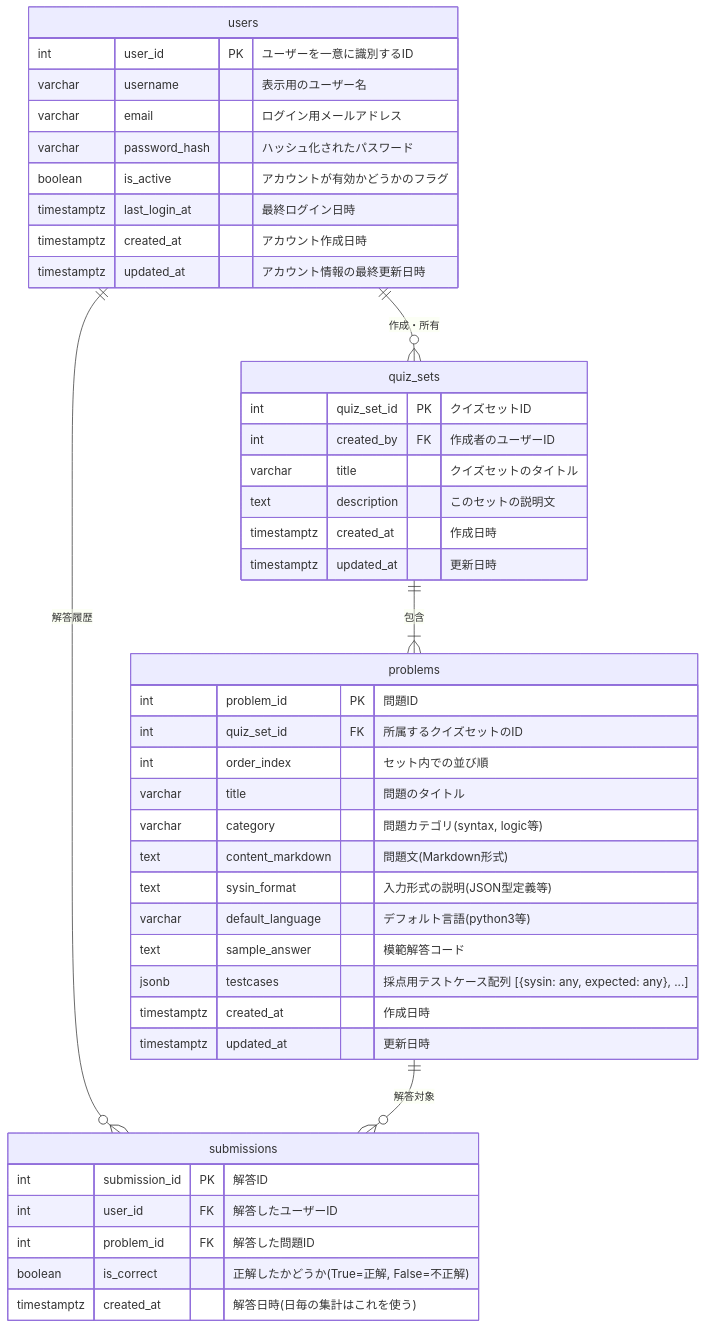
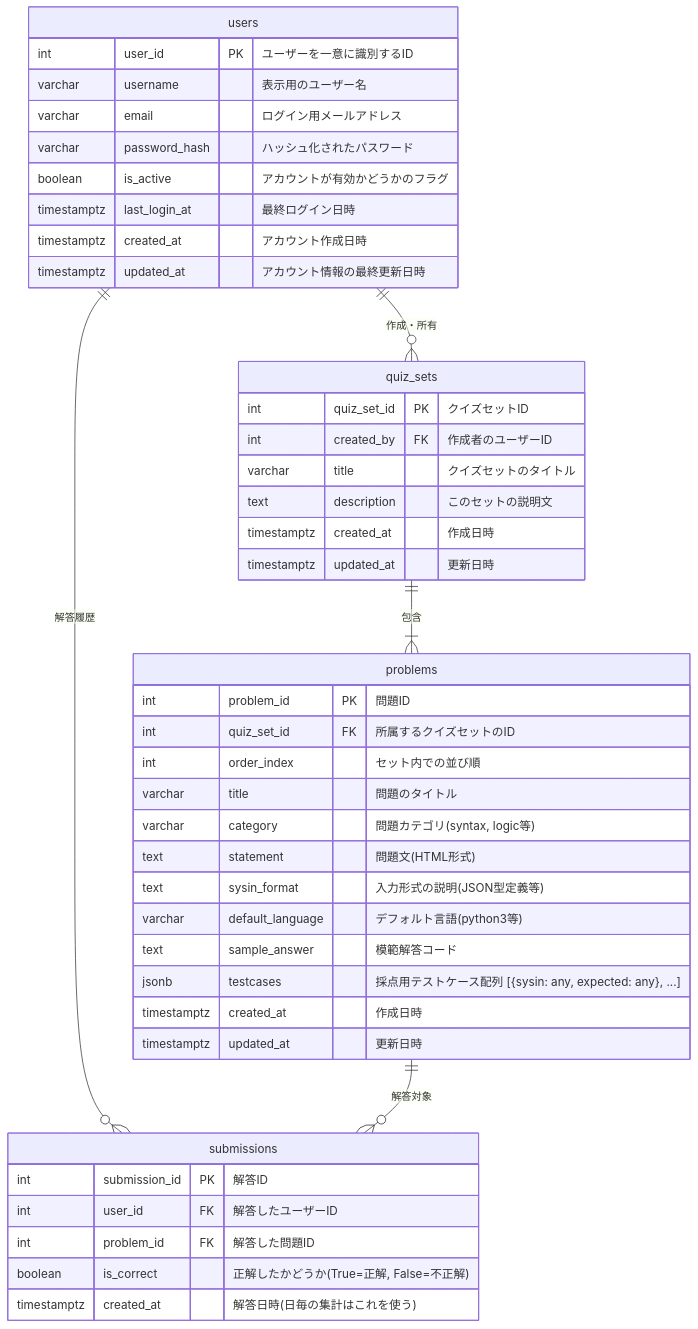
The diagram in design_docs/er-diagram.md (heyho99/under_code), drawn with Mermaid before and after one commit. The commit also changed 17 other files, not shown here.

````diff
--- a/design_docs/er-diagram.md
+++ b/design_docs/er-diagram.md
@@ -1,51 +1,51 @@
 ```mermaid
 erDiagram
     users ||--o{ quiz_sets : "作成・所有"
     users ||--o{ submissions : "解答履歴"
     
     quiz_sets ||--|{ problems : "包含"
     problems ||--o{ submissions : "解答対象"
 
     users {
         int user_id PK "ユーザーを一意に識別するID"
         varchar username "表示用のユーザー名"
         varchar email "ログイン用メールアドレス"
         varchar password_hash "ハッシュ化されたパスワード"
         boolean is_active "アカウントが有効かどうかのフラグ"
         timestamptz last_login_at "最終ログイン日時"
         timestamptz created_at "アカウント作成日時"
         timestamptz updated_at "アカウント情報の最終更新日時"
     }
 
     quiz_sets {
         int quiz_set_id PK "クイズセットID"
         int created_by FK "作成者のユーザーID"
         varchar title "クイズセットのタイトル"
         text description "このセットの説明文"
         timestamptz created_at "作成日時"
         timestamptz updated_at "更新日時"
     }
 
     problems {
         int problem_id PK "問題ID"
         int quiz_set_id FK "所属するクイズセットのID"
         int order_index "セット内での並び順"
         varchar title "問題のタイトル"
         varchar category "問題カテゴリ(syntax, logic等)"
-        text content_markdown "問題文(Markdown形式)"
+        text statement "問題文(HTML形式)"
         text sysin_format "入力形式の説明(JSON型定義等)"
         varchar default_language "デフォルト言語(python3等)"
         text sample_answer "模範解答コード"
         jsonb testcases "採点用テストケース配列 [{sysin: any, expected: any}, ...]"
         timestamptz created_at "作成日時"
         timestamptz updated_at "更新日時"
     }
 
     submissions {
         int submission_id PK "解答ID"
         int user_id FK "解答したユーザーID"
         int problem_id FK "解答した問題ID"
         boolean is_correct "正解したかどうか(True=正解, False=不正解)"
         timestamptz created_at "解答日時(日毎の集計はこれを使う)"
     }
 ```
````
